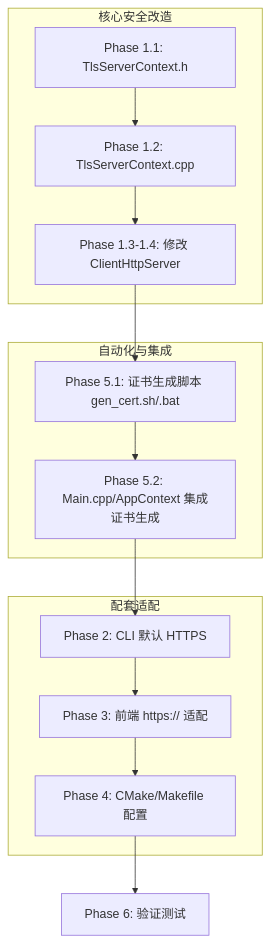
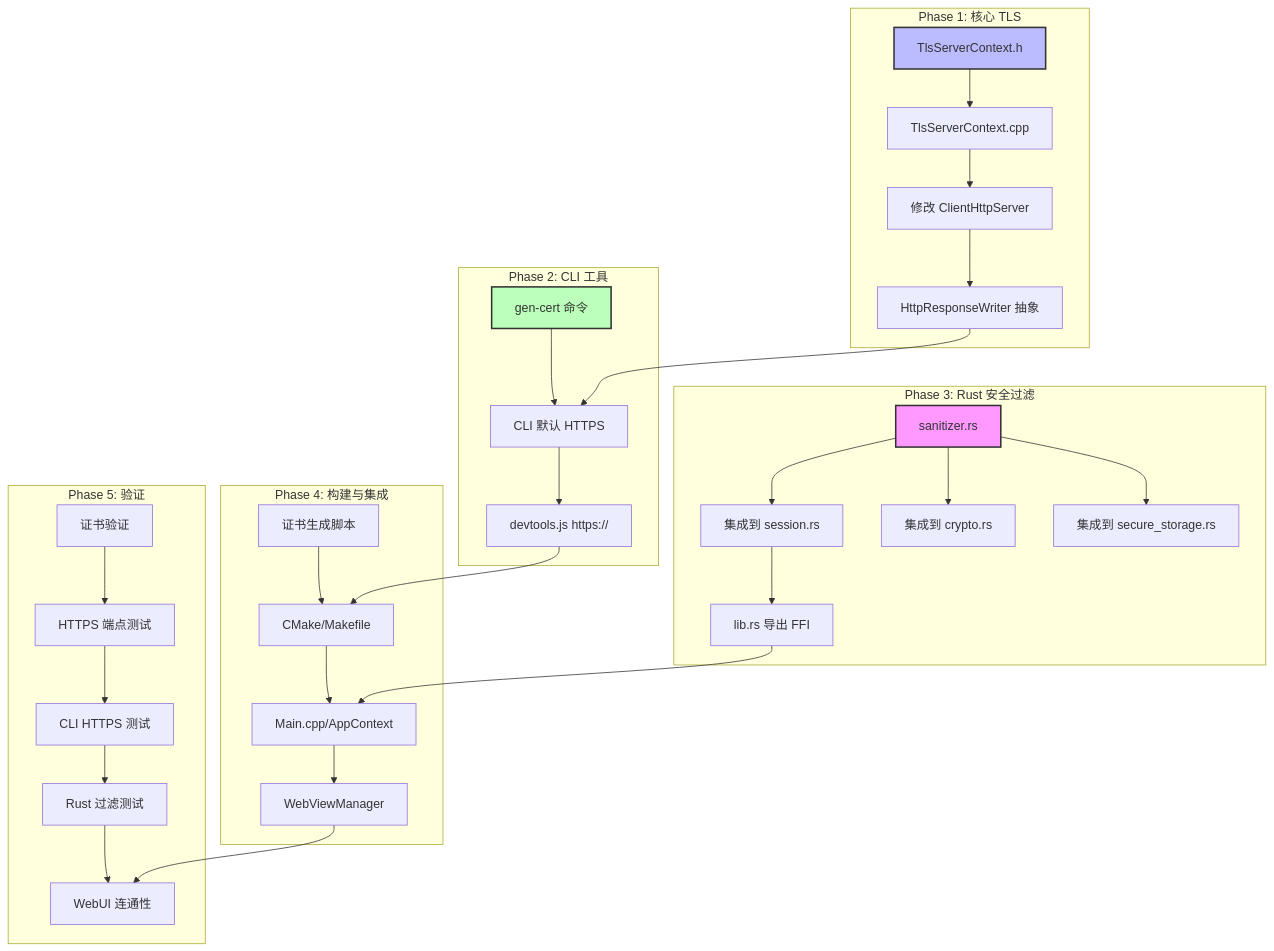
The diagram in plans/phase_https_migration_plan.md (haiyanfurry/Chrono-shift), drawn with Mermaid before and after one commit. The commit also changed other lines of this file, not shown here.

````diff
--- a/plans/phase_https_migration_plan.md
+++ b/plans/phase_https_migration_plan.md
@@ -729,28 +1212,42 @@
 ```mermaid
 graph TD
-    A[Phase 1.1: TlsServerContext.h] --> B[Phase 1.2: TlsServerContext.cpp]
-    B --> C[Phase 1.3-1.4: 修改 ClientHttpServer]
-    C --> D[Phase 5.1: 证书生成脚本 gen_cert.sh/.bat]
-    D --> E[Phase 5.2: Main.cpp/AppContext 集成证书生成]
-    E --> F[Phase 2: CLI 默认 HTTPS]
-    F --> G[Phase 3: 前端 https:// 适配]
-    G --> H[Phase 4: CMake/Makefile 配置]
-    H --> I[Phase 6: 验证测试]
-
-    subgraph "核心安全改造"
-        A
-        B
-        C
+    subgraph "Phase 1: 核心 TLS"
+        A1[TlsServerContext.h] --> A2[TlsServerContext.cpp]
+        A2 --> A3[修改 ClientHttpServer]
+        A3 --> A4[HttpResponseWriter 抽象]
     end
 
-    subgraph "自动化与集成"
-        D
-        E
+    subgraph "Phase 2: CLI 工具"
+        B1[gen-cert 命令] --> B2[CLI 默认 HTTPS]
+        B2 --> B3[devtools.js https://]
     end
 
-    subgraph "配套适配"
-        F
-        G
-        H
+    subgraph "Phase 3: Rust 安全过滤"
+        C1[sanitizer.rs] --> C2[集成到 session.rs]
+        C1 --> C3[集成到 crypto.rs]
+        C1 --> C4[集成到 secure_storage.rs]
+        C2 --> C5[lib.rs 导出 FFI]
     end
+
+    subgraph "Phase 4: 构建与集成"
+        D1[证书生成脚本] --> D2[CMake/Makefile]
+        D2 --> D3[Main.cpp/AppContext]
+        D3 --> D4[WebViewManager]
+    end
+
+    subgraph "Phase 5: 验证"
+        E1[证书验证] --> E2[HTTPS 端点测试]
+        E2 --> E3[CLI HTTPS 测试]
+        E3 --> E4[Rust 过滤测试]
+        E4 --> E5[WebUI 连通性]
+    end
+
+    A4 --> B2
+    B3 --> D2
+    C5 --> D3
+    D4 --> E5
+
+    style C1 fill:#f9f,stroke:#333,stroke-width:2px
+    style A1 fill:#bbf,stroke:#333,stroke-width:2px
+    style B1 fill:#bfb,stroke:#333,stroke-width:2px
 ```
````
